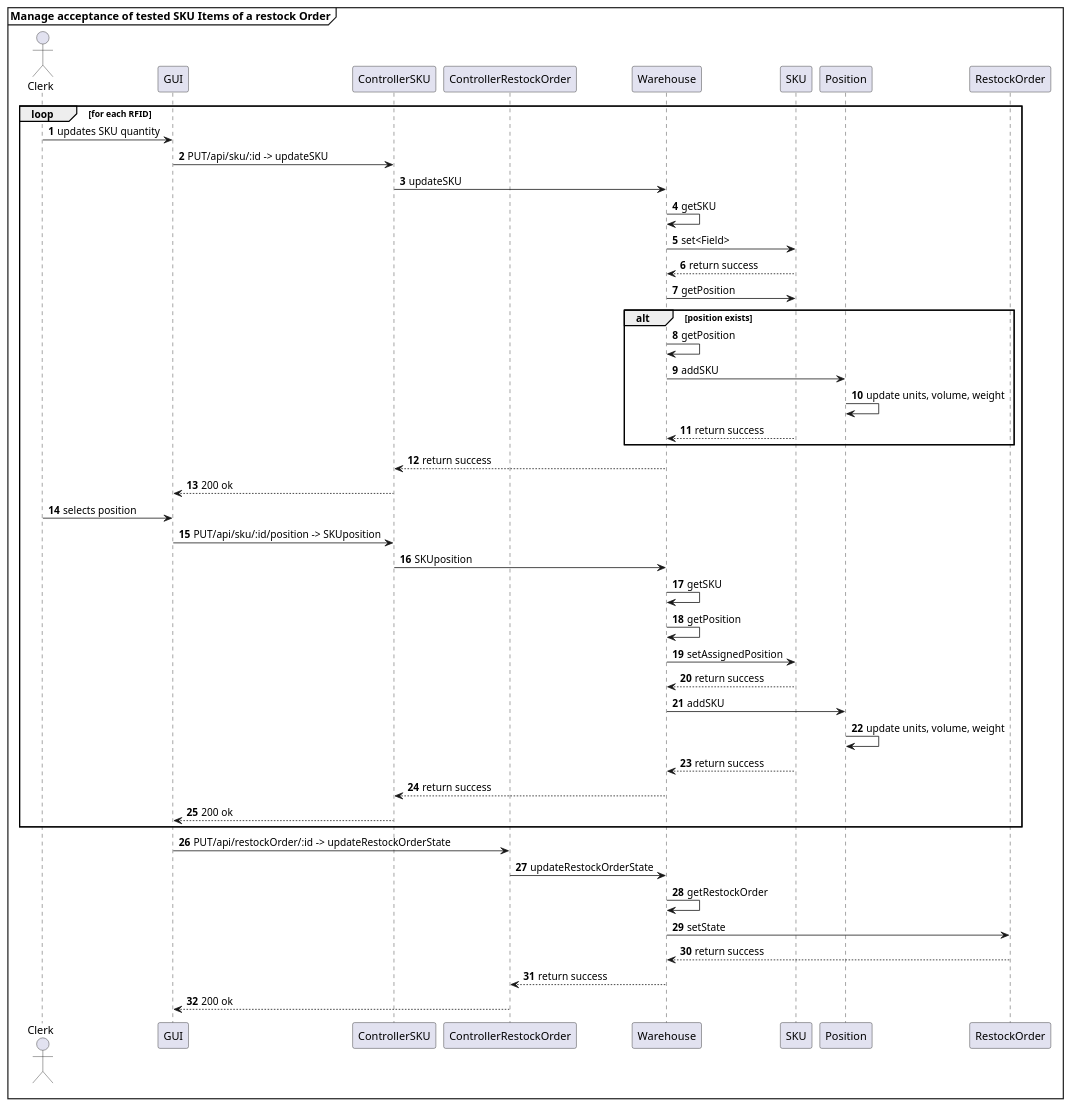
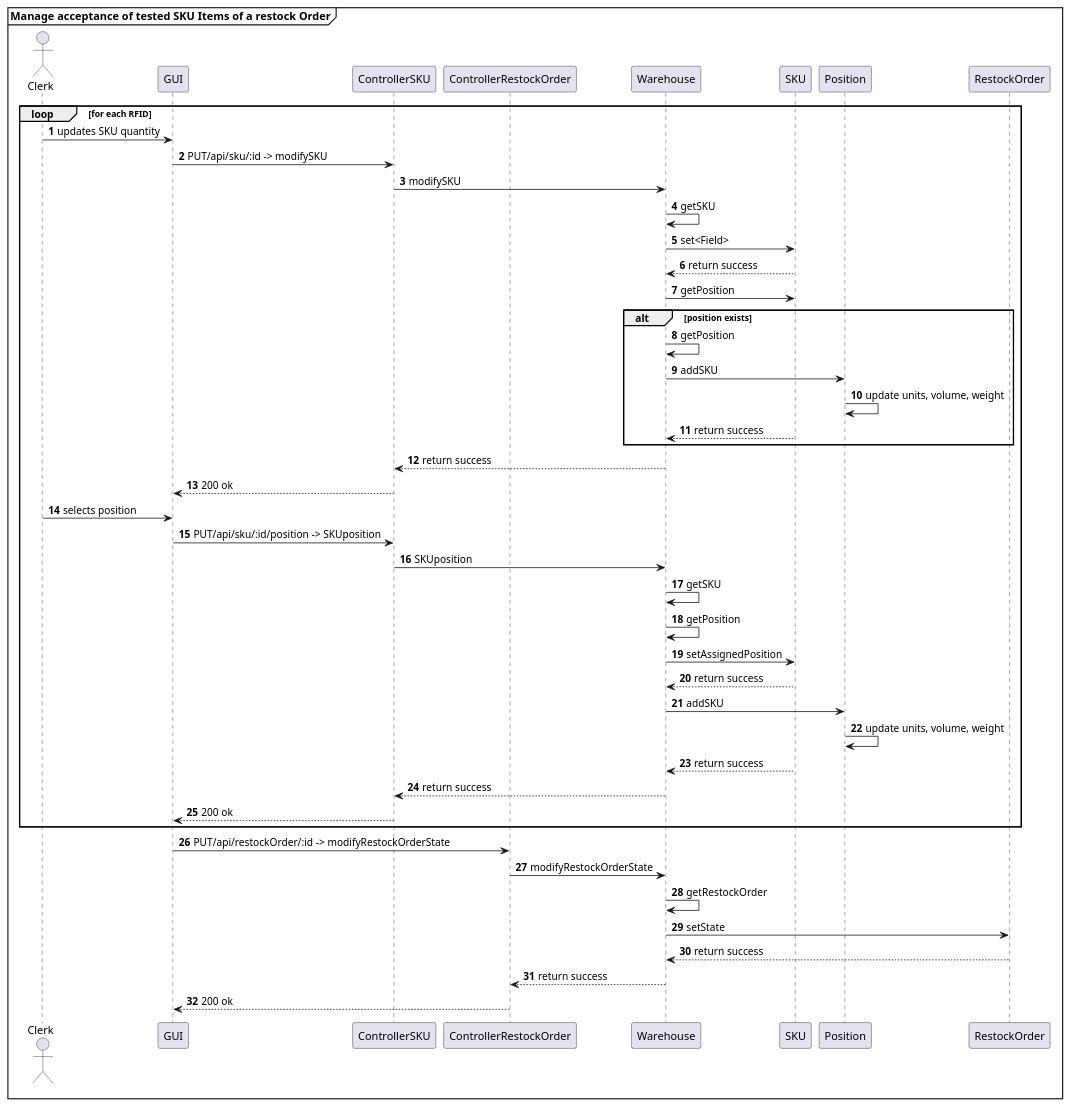
One commit to AlexZampa/EzWh changed diagram 17 of 30 in DesignDocument.md. Above: the diagram before and after it, drawn with PlantUML. The commit also changed other lines of this file, not shown here.

````diff
--- a/DesignDocument.md
+++ b/DesignDocument.md
@@ -907,53 +884,53 @@
 ```plantuml
 @startuml
 mainframe **Manage acceptance of tested SKU Items of a restock Order**
 actor Clerk
 participant GUI
 participant ControllerSKU
 participant ControllerRestockOrder
 participant Warehouse
 participant SKU
 participant Position
 participant RestockOrder
 
 
 autonumber
 loop for each RFID
   Clerk -> GUI : updates SKU quantity
-  GUI -> ControllerSKU : PUT/api/sku/:id -> updateSKU
-  ControllerSKU -> Warehouse : updateSKU
+  GUI -> ControllerSKU : PUT/api/sku/:id -> modifySKU
+  ControllerSKU -> Warehouse : modifySKU
   Warehouse -> Warehouse : getSKU
   Warehouse -> SKU : set<Field>
   Warehouse <-- SKU : return success
   Warehouse -> SKU : getPosition
   alt position exists
     Warehouse -> Warehouse : getPosition
     Warehouse -> Position : addSKU
     Position -> Position : update units, volume, weight
     Warehouse <-- SKU : return success
   end alt
   ControllerSKU <-- Warehouse : return success
   GUI <-- ControllerSKU : 200 ok
   Clerk -> GUI : selects position
   GUI -> ControllerSKU : PUT/api/sku/:id/position -> SKUposition
   ControllerSKU -> Warehouse : SKUposition
   Warehouse -> Warehouse : getSKU
   Warehouse -> Warehouse : getPosition
   Warehouse -> SKU : setAssignedPosition
   Warehouse <-- SKU : return success
   Warehouse -> Position : addSKU
   Position -> Position : update units, volume, weight
   Warehouse <-- SKU : return success
   ControllerSKU <-- Warehouse : return success
   GUI <-- ControllerSKU : 200 ok
 end loop
-GUI -> ControllerRestockOrder : PUT/api/restockOrder/:id -> updateRestockOrderState
-ControllerRestockOrder -> Warehouse : updateRestockOrderState
+GUI -> ControllerRestockOrder : PUT/api/restockOrder/:id -> modifyRestockOrderState
+ControllerRestockOrder -> Warehouse : modifyRestockOrderState
 Warehouse -> Warehouse : getRestockOrder
 Warehouse -> RestockOrder : setState
 Warehouse <-- RestockOrder : return success
 ControllerRestockOrder <-- Warehouse : return success
 GUI <-- ControllerRestockOrder : 200 ok
 
 @enduml
 ```
````
